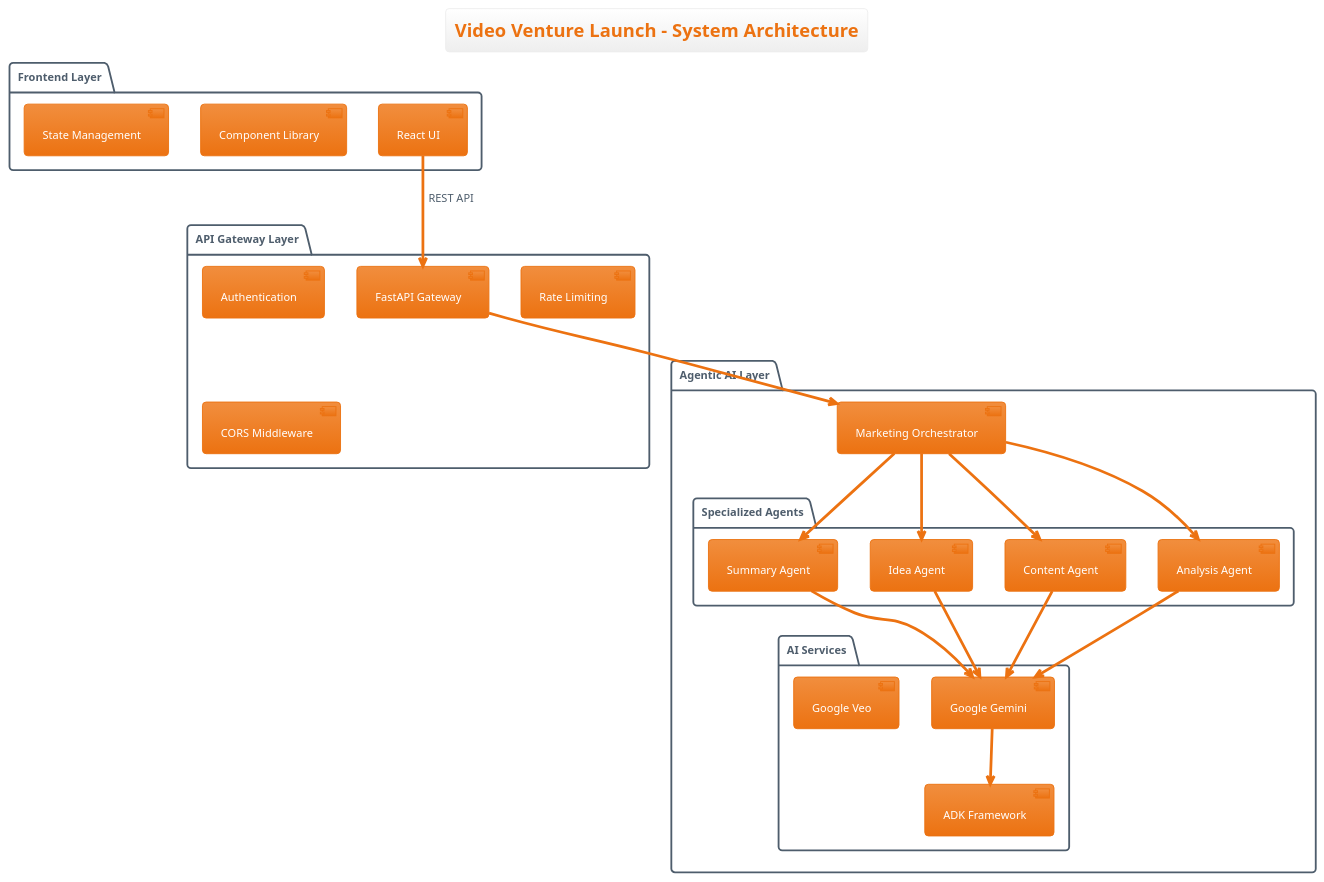
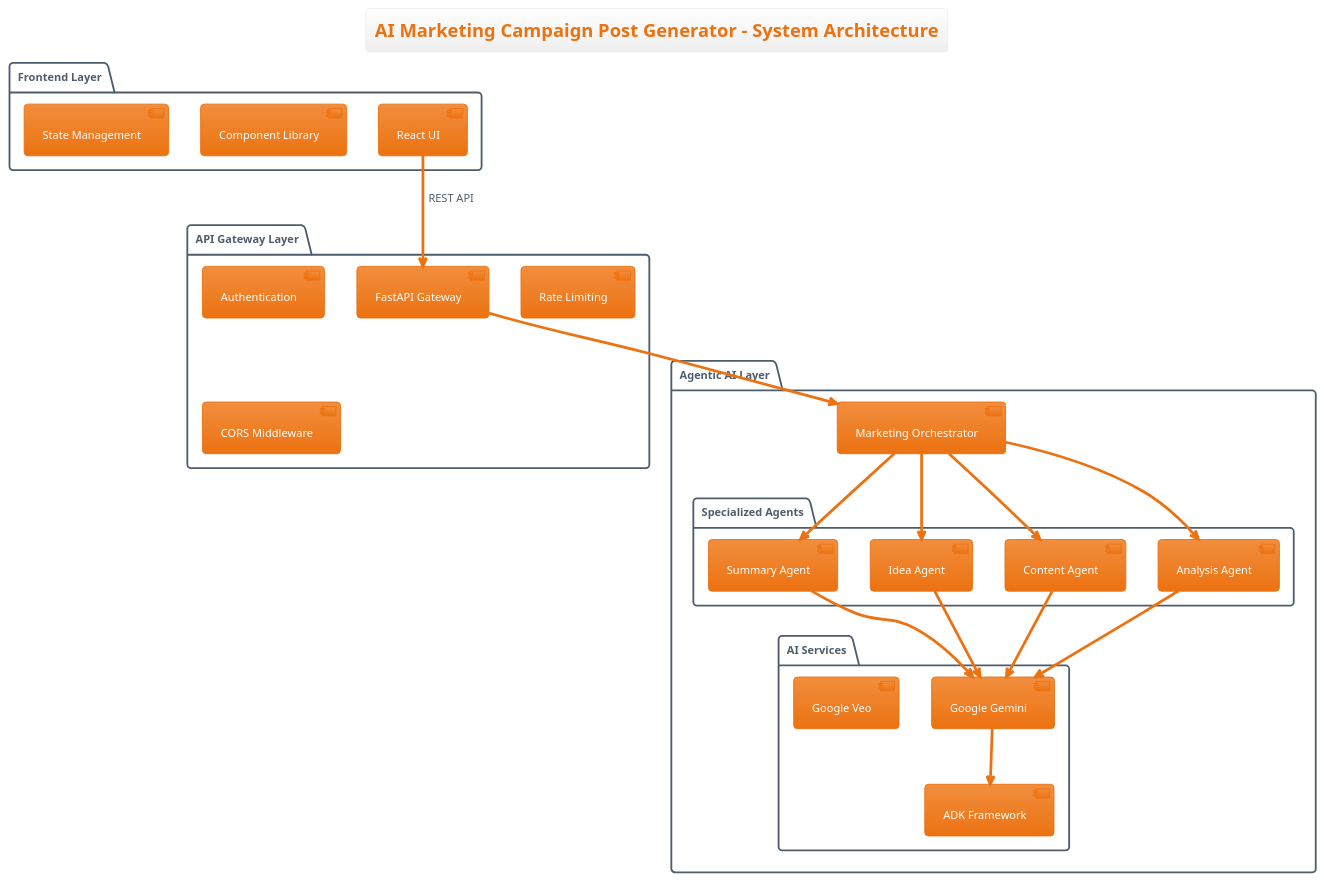
Before and after one commit to yongkanghe/Agentic-Marketing-Campaign-Generator: the diagram in docs/diagrams/system-architecture.puml, drawn with PlantUML. The commit also changed 60 other files, not shown here.

```diff
--- a/docs/diagrams/system-architecture.puml
+++ b/docs/diagrams/system-architecture.puml
@@ -1,44 +1,44 @@
-@startuml Video Venture Launch - System Architecture
+@startuml AI Marketing Campaign Post Generator - System Architecture
 !theme aws-orange
-title Video Venture Launch - System Architecture
+title AI Marketing Campaign Post Generator - System Architecture
 
 package "Frontend Layer" {
     [React UI] as UI
     [Component Library] as COMP
     [State Management] as STATE
 }
 
 package "API Gateway Layer" {
     [FastAPI Gateway] as GATEWAY
     [Authentication] as AUTH
     [Rate Limiting] as RATE
     [CORS Middleware] as CORS
 }
 
 package "Agentic AI Layer" {
     [Marketing Orchestrator] as ORCHESTRATOR
     package "Specialized Agents" {
         [Summary Agent] as SUMMARY
         [Idea Agent] as IDEA
         [Content Agent] as CONTENT
         [Analysis Agent] as ANALYSIS
     }
     package "AI Services" {
         [Google Gemini] as GEMINI
         [Google Veo] as VEO
         [ADK Framework] as ADK
     }
 }
 
 UI --> GATEWAY : REST API
 GATEWAY --> ORCHESTRATOR
 ORCHESTRATOR --> SUMMARY
 ORCHESTRATOR --> IDEA
 ORCHESTRATOR --> CONTENT
 ORCHESTRATOR --> ANALYSIS
 SUMMARY --> GEMINI
 IDEA --> GEMINI
 CONTENT --> GEMINI
 ANALYSIS --> GEMINI
 GEMINI --> ADK
 @enduml
```
